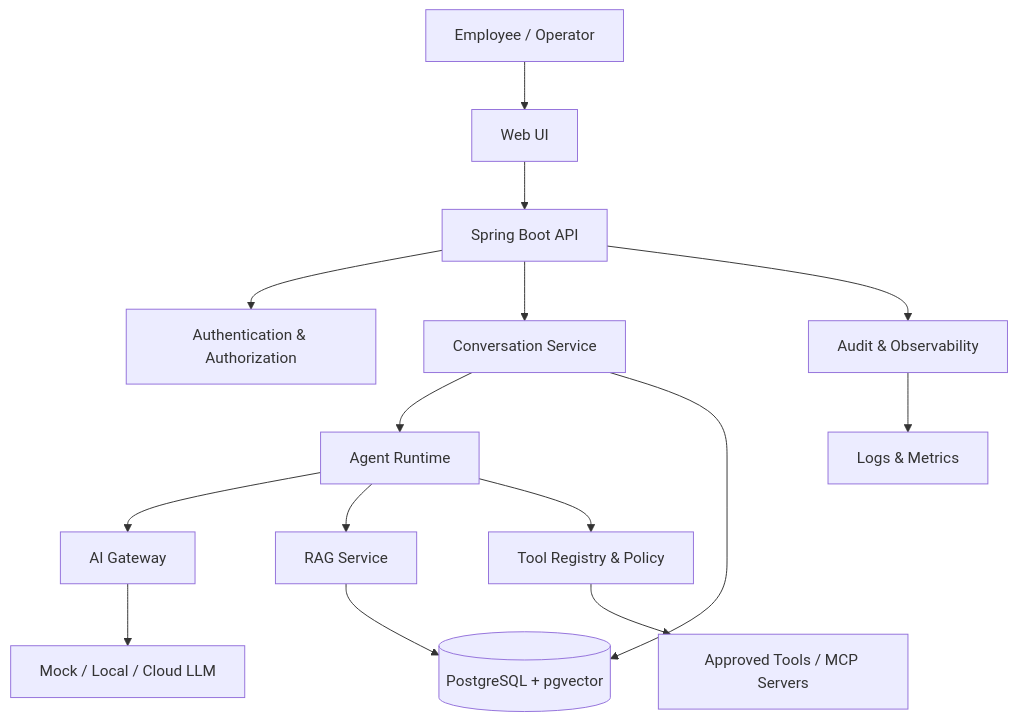
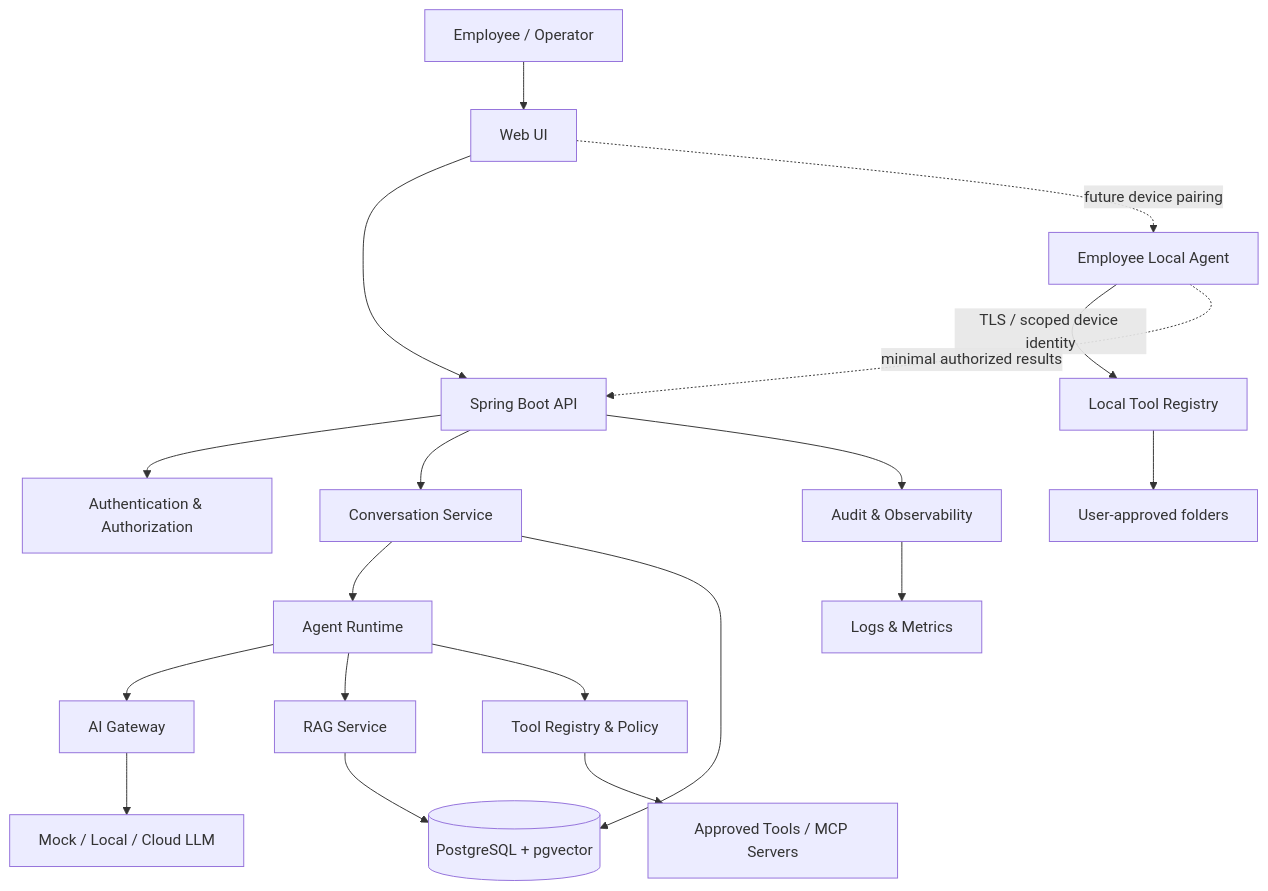
One commit to oscaryu0523/enterprise-operation-assistant changed the diagram in docs/PROJECT-SPEC.en.md. Above: the diagram before and after it, drawn with Mermaid. The commit also changed other lines of this file, not shown here.

Commit message:
docs: add post-MVP Local Agent architecture

```diff
--- a/docs/PROJECT-SPEC.en.md
+++ b/docs/PROJECT-SPEC.en.md
@@ -144,17 +164,21 @@
 ~~~mermaid
 flowchart TD
     U[Employee / Operator] --> UI[Web UI]
     UI --> API[Spring Boot API]
     API --> SEC[Authentication & Authorization]
     API --> CHAT[Conversation Service]
     CHAT --> AGENT[Agent Runtime]
     AGENT --> GW[AI Gateway]
     GW --> LLM[Mock / Local / Cloud LLM]
     AGENT --> RAG[RAG Service]
     RAG --> PG[(PostgreSQL + pgvector)]
     AGENT --> TOOLS[Tool Registry & Policy]
     TOOLS --> SYS[Approved Tools / MCP Servers]
+    UI -. future device pairing .-> LA[Employee Local Agent]
+    LA -->|TLS / scoped device identity| LTOOLS[Local Tool Registry]
+    LTOOLS --> FS[User-approved folders]
+    LA -. minimal authorized results .-> API
     API --> AUDIT[Audit & Observability]
     CHAT --> PG
     AUDIT --> OBS[Logs & Metrics]
 ~~~
```
